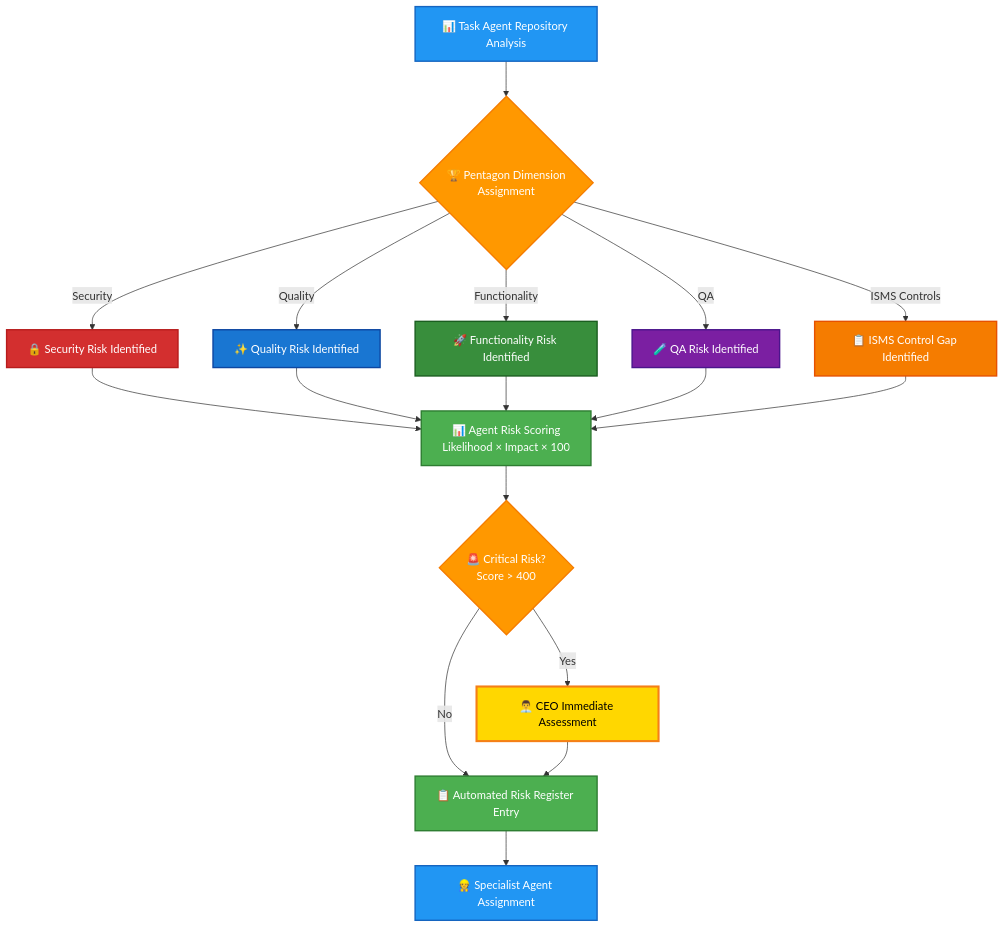
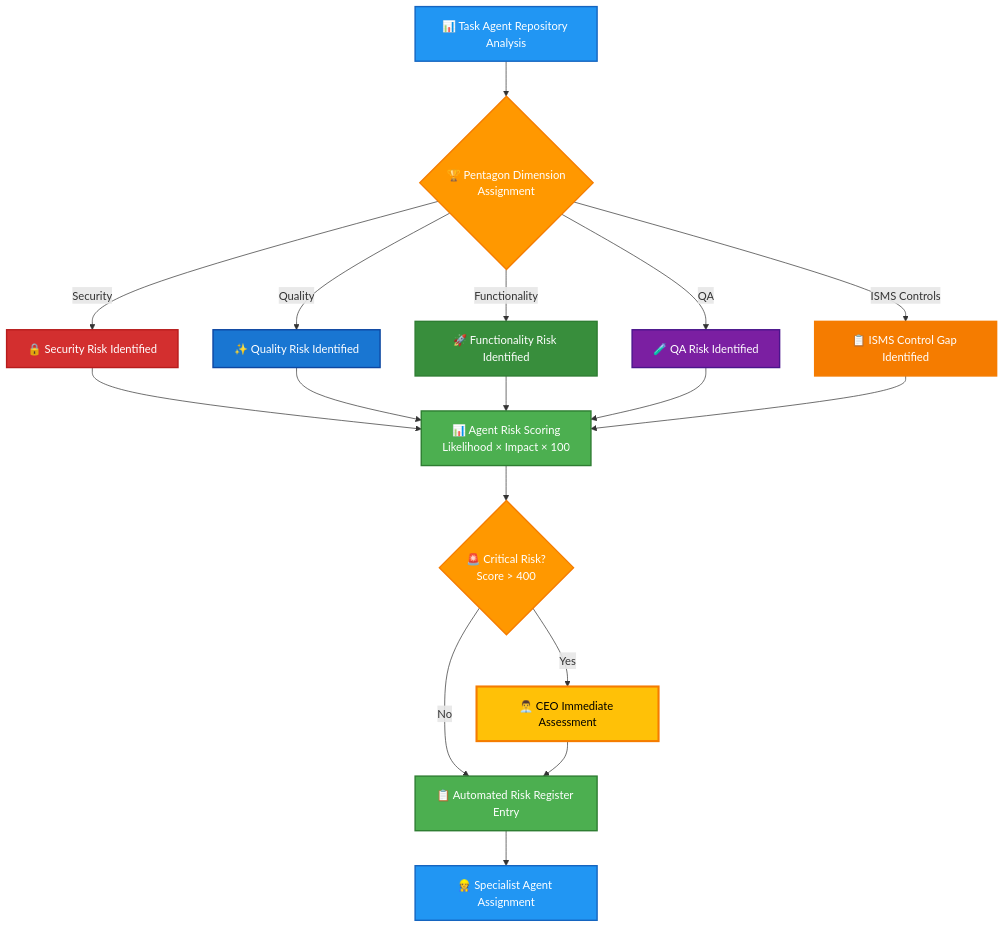
Before and after one commit to Hack23/ISMS-PUBLIC: the third of 4 diagrams in Risk_Assessment_Methodology.md, drawn with Mermaid. The commit also changed other lines of this file and 18 other files, not shown here.

Commit message:
fix broken mermaid

````diff
--- a/Risk_Assessment_Methodology.md
+++ b/Risk_Assessment_Methodology.md
@@ -439,36 +439,36 @@
 ```mermaid
 flowchart TD
     ANALYSIS[📊 Task Agent Repository Analysis] --> PENTAGON{🏆 Pentagon Dimension<br>Assignment}
     
     PENTAGON -->|Security| SEC_RISK[🔒 Security Risk Identified]
     PENTAGON -->|Quality| QUAL_RISK[✨ Quality Risk Identified]
     PENTAGON -->|Functionality| FUNC_RISK[🚀 Functionality Risk Identified]
     PENTAGON -->|QA| QA_RISK[🧪 QA Risk Identified]
     PENTAGON -->|ISMS Controls| ISMS_RISK[📋 ISMS Control Gap Identified]
     
     SEC_RISK --> SCORE[📊 Agent Risk Scoring<br>Likelihood × Impact × 100]
     QUAL_RISK --> SCORE
     FUNC_RISK --> SCORE
     QA_RISK --> SCORE
     ISMS_RISK --> SCORE
     
     SCORE --> CRITICAL{🚨 Critical Risk?<br>Score > 400}
     CRITICAL -->|Yes| HUMAN[👨‍💼 CEO Immediate Assessment]
     CRITICAL -->|No| REGISTER[📋 Automated Risk Register Entry]
     
     REGISTER --> ASSIGN[👷 Specialist Agent Assignment]
     HUMAN --> REGISTER
     
     style ANALYSIS fill:#2196F3,stroke:#1565C0,stroke-width:2px,color:#ffffff
     style PENTAGON fill:#FF9800,stroke:#F57C00,stroke-width:2px,color:#ffffff
     style SEC_RISK fill:#D32F2F,stroke:#B71C1C,stroke-width:2px,color:#ffffff
     style QUAL_RISK fill:#1976D2,stroke:#0D47A1,stroke-width:2px,color:#ffffff
-    style FUNC_RISK fill:#388E3C,stroke:#1B5E20,stroke-width:2px,color:#ffffff
+    style FUNC_RISK fill:#388E3C,stroke:#2E7D32,stroke-width:2px,color:#ffffff
     style QA_RISK fill:#7B1FA2,stroke:#4A148C,stroke-width:2px,color:#ffffff
-    style ISMS_RISK fill:#F57C00,stroke:#E65100,stroke-width:2px,color:#ffffff
+    style ISMS_RISK fill:#F57C00,stroke:#F57C00,stroke-width:2px,color:#ffffff
     style SCORE fill:#4CAF50,stroke:#2E7D32,stroke-width:2px,color:#ffffff
     style CRITICAL fill:#FF9800,stroke:#F57C00,stroke-width:2px,color:#ffffff
-    style HUMAN fill:#FFD700,stroke:#F57F17,stroke-width:3px,color:#000000
+    style HUMAN fill:#FFC107,stroke:#F57C00,stroke-width:3px,color:#000000
     style REGISTER fill:#4CAF50,stroke:#2E7D32,stroke-width:2px,color:#ffffff
     style ASSIGN fill:#2196F3,stroke:#1565C0,stroke-width:2px,color:#ffffff
 ```
````
